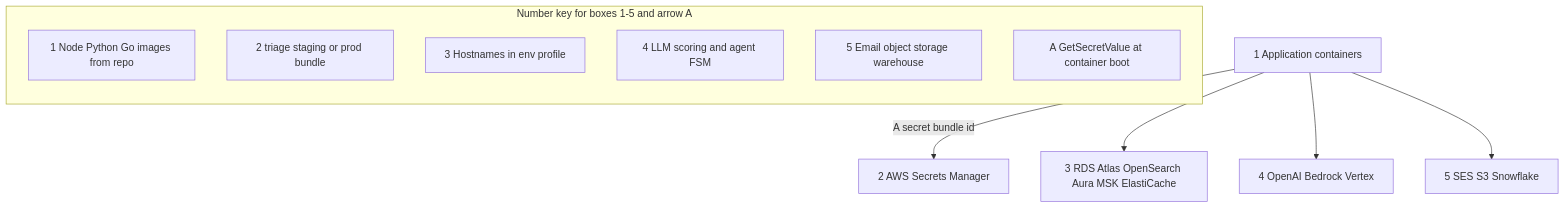
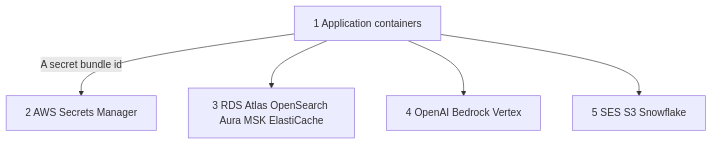
The eighth of 9 diagrams in docs/arch_guide_system_flowchart.md (OferElboher/suspicious-email-triage), drawn with Mermaid before and after one commit. The commit also changed other lines of this file and 9 other files, not shown here.

First line of the commit message:
Restore overall flowchart and move legends to prose lists below charts.

````diff
--- a/docs/arch_guide_system_flowchart.md
+++ b/docs/arch_guide_system_flowchart.md
@@ -331,23 +451,13 @@
 ```mermaid
 flowchart TB
   APP["1 Application containers"]
   SM["2 AWS Secrets Manager"]
   DATA["3 RDS Atlas OpenSearch Aura MSK ElastiCache"]
   AI["4 OpenAI Bedrock Vertex"]
   OUT["5 SES S3 Snowflake"]
 
   APP -->|"A secret bundle id"| SM
   APP --> DATA
   APP --> AI
   APP --> OUT
-
-  subgraph legend7 [Number key for boxes 1-5 and arrow A]
-    direction TB
-    L1b["1 Node Python Go images from repo"]
-    L2b["2 triage staging or prod bundle"]
-    L3b["3 Hostnames in env profile"]
-    L4b["4 LLM scoring and agent FSM"]
-    L5b["5 Email object storage warehouse"]
-    LA["A GetSecretValue at container boot"]
-  end
 ```
````
